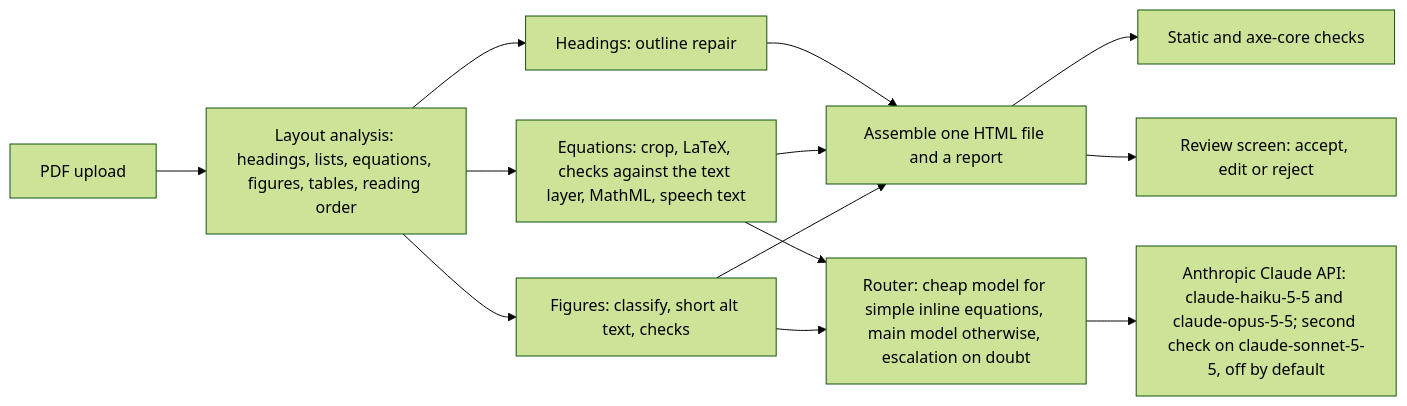
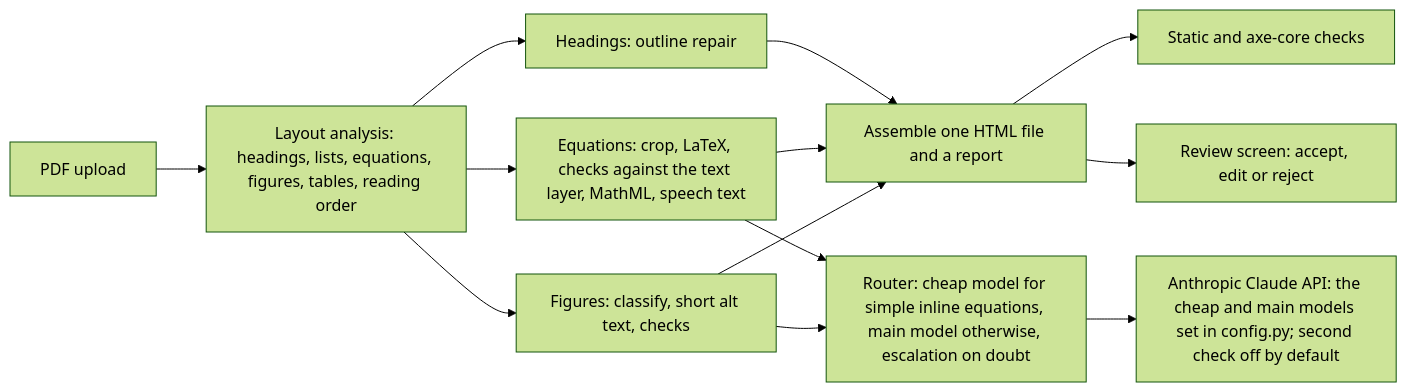
The diagram in README.md (harishm17/readablestem), drawn with Mermaid (forest theme) before and after one commit. The commit also changed other lines of this file and 9 other files, not shown here.

````diff
--- a/README.md
+++ b/README.md
@@ -96,12 +96,12 @@
 ```mermaid
 flowchart LR
   PDF[PDF upload] --> L[Layout analysis: headings, lists, equations, figures, tables, reading order]
   L --> H[Headings: outline repair]
   L --> E[Equations: crop, LaTeX, checks against the text layer, MathML, speech text]
   L --> F[Figures: classify, short alt text, checks]
   E & F --> R[Router: cheap model for simple inline equations, main model otherwise, escalation on doubt]
-  R --> M[Anthropic Claude API: claude-haiku-5-5 and claude-opus-5-5; second check on claude-sonnet-5-5, off by default]
+  R --> M[Anthropic Claude API: the cheap and main models set in config.py; second check off by default]
   H & E & F --> A[Assemble one HTML file and a report]
   A --> C[Static and axe-core checks]
   A --> V[Review screen: accept, edit or reject]
 ```
````
